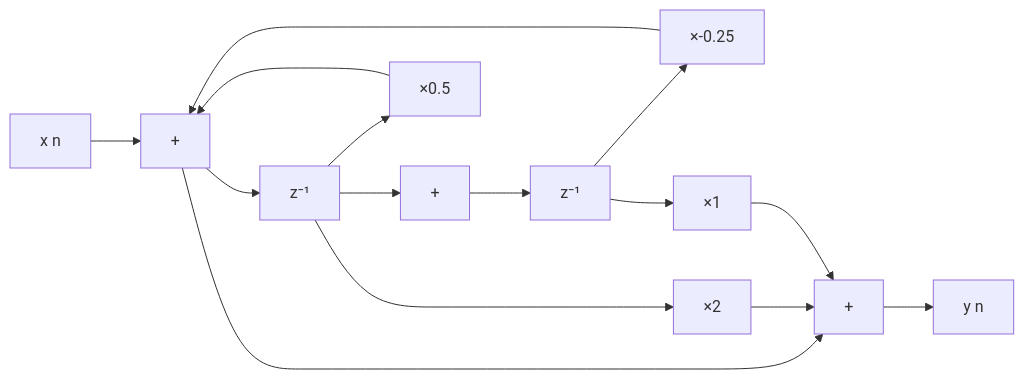
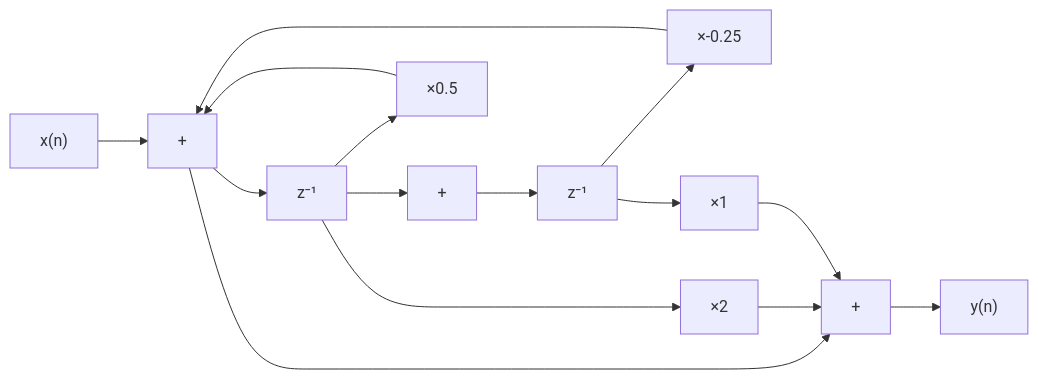
Before and after one commit to hechangjia/FireFly: the fifth of 6 diagrams in src/content/posts/DSP/index.md, drawn with Mermaid. The commit also changed other lines of this file and 3 other files, not shown here.

Commit message:
修改海报分享图片的格式

````diff
--- a/src/content/posts/DSP/index.md
+++ b/src/content/posts/DSP/index.md
@@ -765,17 +765,17 @@
 ```mermaid
 graph LR
-    X[x n] --> A1[+]
-    A1 --> D1[z⁻¹]
-    D1 --> A2[+]
-    A2 --> D2[z⁻¹]
-    D1 --> M1[×0.5]
-    D2 --> M2[×-0.25]
+    X["x(n)"] --> A1["+"]
+    A1 --> D1["z⁻¹"]
+    D1 --> A2["+"]
+    A2 --> D2["z⁻¹"]
+    D1 --> M1["×0.5"]
+    D2 --> M2["×-0.25"]
     M1 --> A1
     M2 --> A1
-    A1 --> B1[+]
-    D1 --> M3[×2]
-    D2 --> M4[×1]
+    A1 --> B1["+"]
+    D1 --> M3["×2"]
+    D2 --> M4["×1"]
     M3 --> B1
     M4 --> B1
-    B1 --> Y[y n]
+    B1 --> Y["y(n)"]
 ```
````
